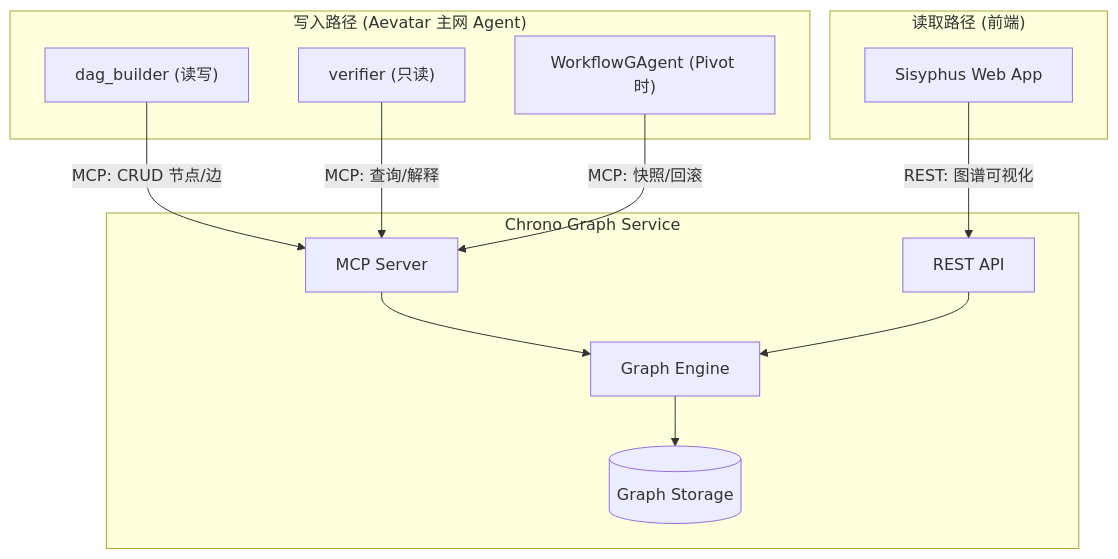
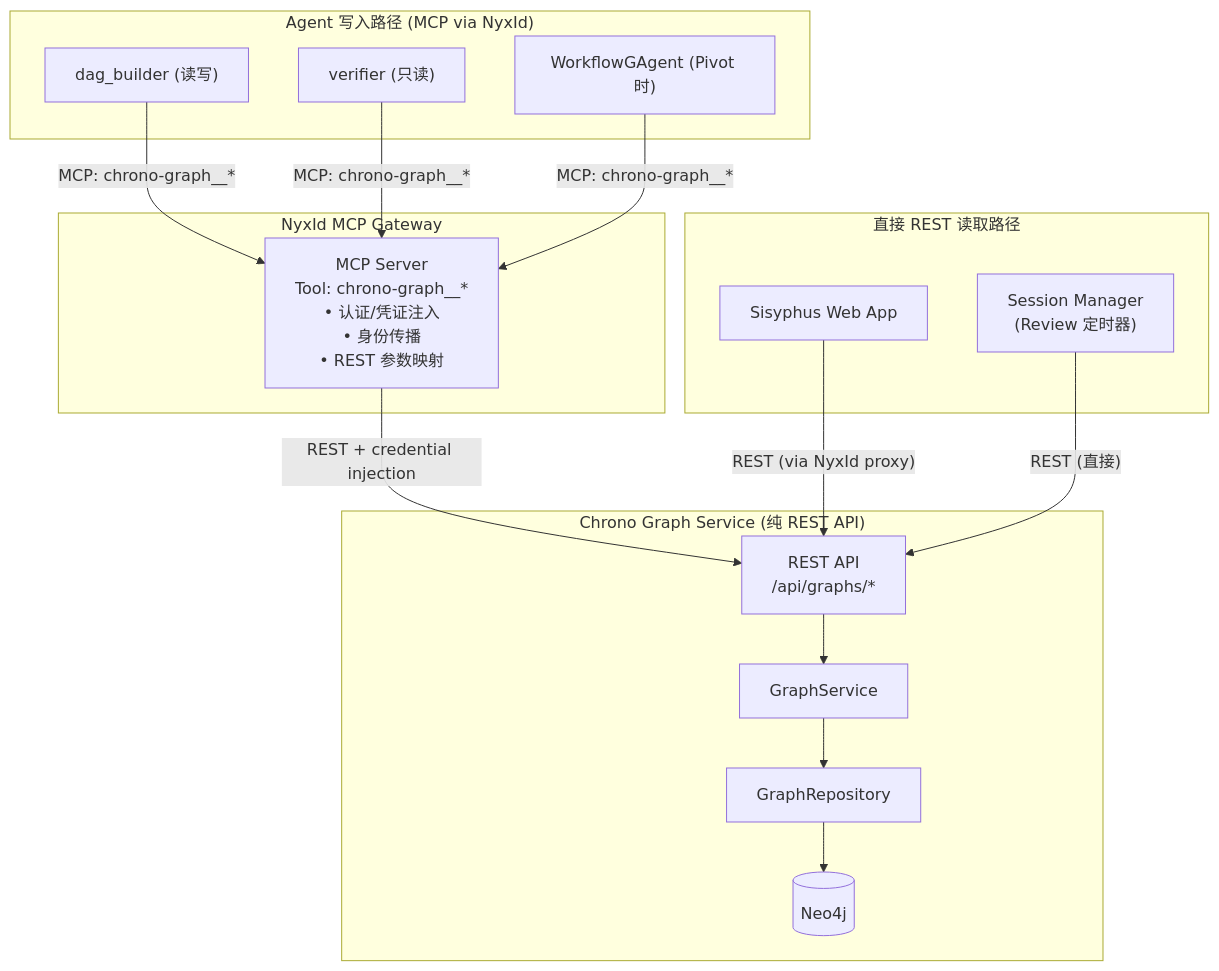
Before and after one commit to aevatarAI/aevatar: the fifth of 14 diagrams in apps/sisyphus/docs/Architecture.md, drawn with Mermaid. The commit also changed other lines of this file, not shown here.

Commit message:
Architecture update

````diff
--- a/apps/sisyphus/docs/Architecture.md
+++ b/apps/sisyphus/docs/Architecture.md
@@ -358,28 +466,33 @@
 ```mermaid
 graph TB
-    subgraph "写入路径 (Aevatar 主网 Agent)"
+    subgraph "Agent 写入路径 (MCP via NyxId)"
         DB_AGENT["dag_builder (读写)"]
         VE_AGENT["verifier (只读)"]
         WF_AGENT["WorkflowGAgent (Pivot 时)"]
     end
 
-    subgraph "Chrono Graph Service"
-        MCP_SRV["MCP Server"]
-        REST_API["REST API"]
-        ENGINE["Graph Engine"]
-        DB[("Graph Storage")]
-
-        MCP_SRV --> ENGINE
-        REST_API --> ENGINE
-        ENGINE --> DB
+    subgraph "NyxId MCP Gateway"
+        NYXID["MCP Server<br/>Tool: chrono-graph__*<br/>• 认证/凭证注入<br/>• 身份传播<br/>• REST 参数映射"]
     end
 
-    subgraph "读取路径 (前端)"
-        WEB["Sisyphus Web App"]
+    subgraph "Chrono Graph Service (纯 REST API)"
+        REST_API["REST API<br/>/api/graphs/*"]
+        ENGINE["GraphService"]
+        REPO["GraphRepository"]
+        DB[("Neo4j")]
+
+        REST_API --> ENGINE --> REPO --> DB
     end
 
-    DB_AGENT -->|"MCP: CRUD 节点/边"| MCP_SRV
-    VE_AGENT -->|"MCP: 查询/解释"| MCP_SRV
-    WF_AGENT -->|"MCP: 快照/回滚"| MCP_SRV
-    WEB -->|"REST: 图谱可视化"| REST_API
+    subgraph "直接 REST 读取路径"
+        WEB["Sisyphus Web App"]
+        SM["Session Manager<br/>(Review 定时器)"]
+    end
+
+    DB_AGENT -->|"MCP: chrono-graph__*"| NYXID
+    VE_AGENT -->|"MCP: chrono-graph__*"| NYXID
+    WF_AGENT -->|"MCP: chrono-graph__*"| NYXID
+    NYXID -->|"REST + credential injection"| REST_API
+    WEB -->|"REST (via NyxId proxy)"| REST_API
+    SM -->|"REST (直接)"| REST_API
 ```
````
